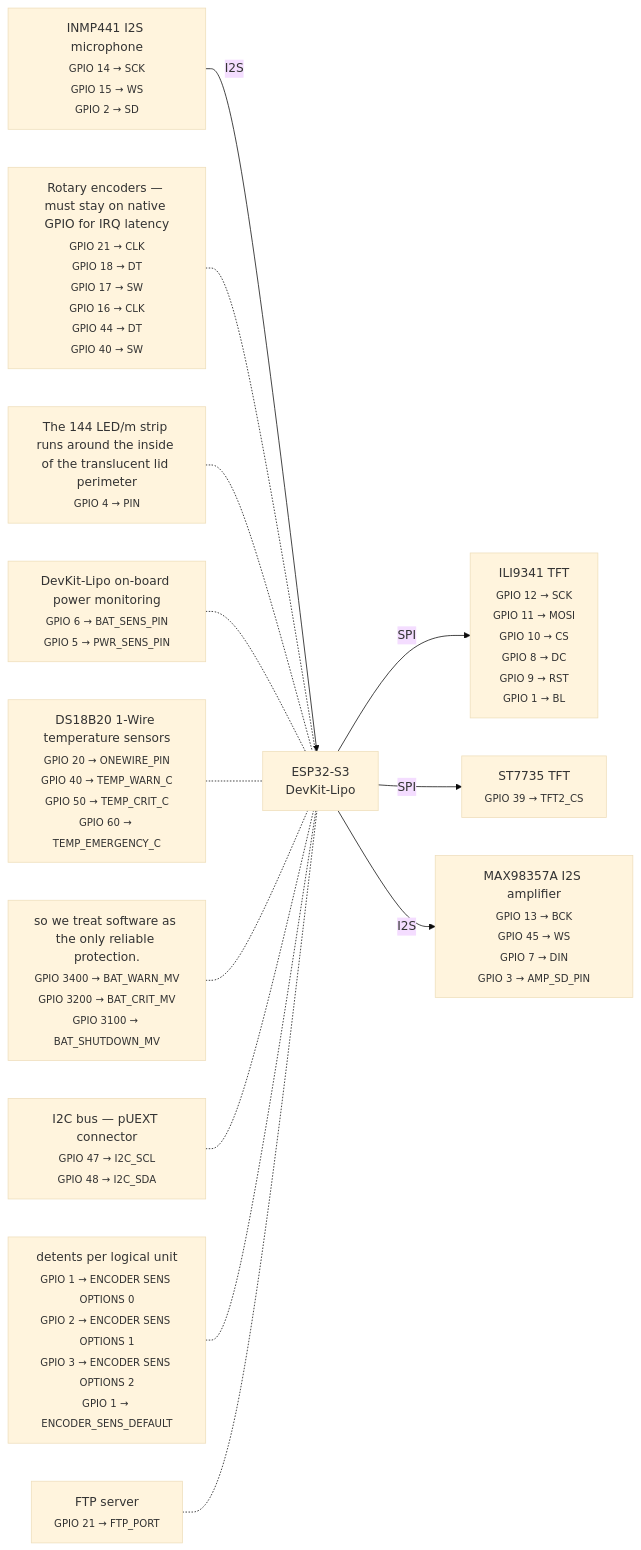
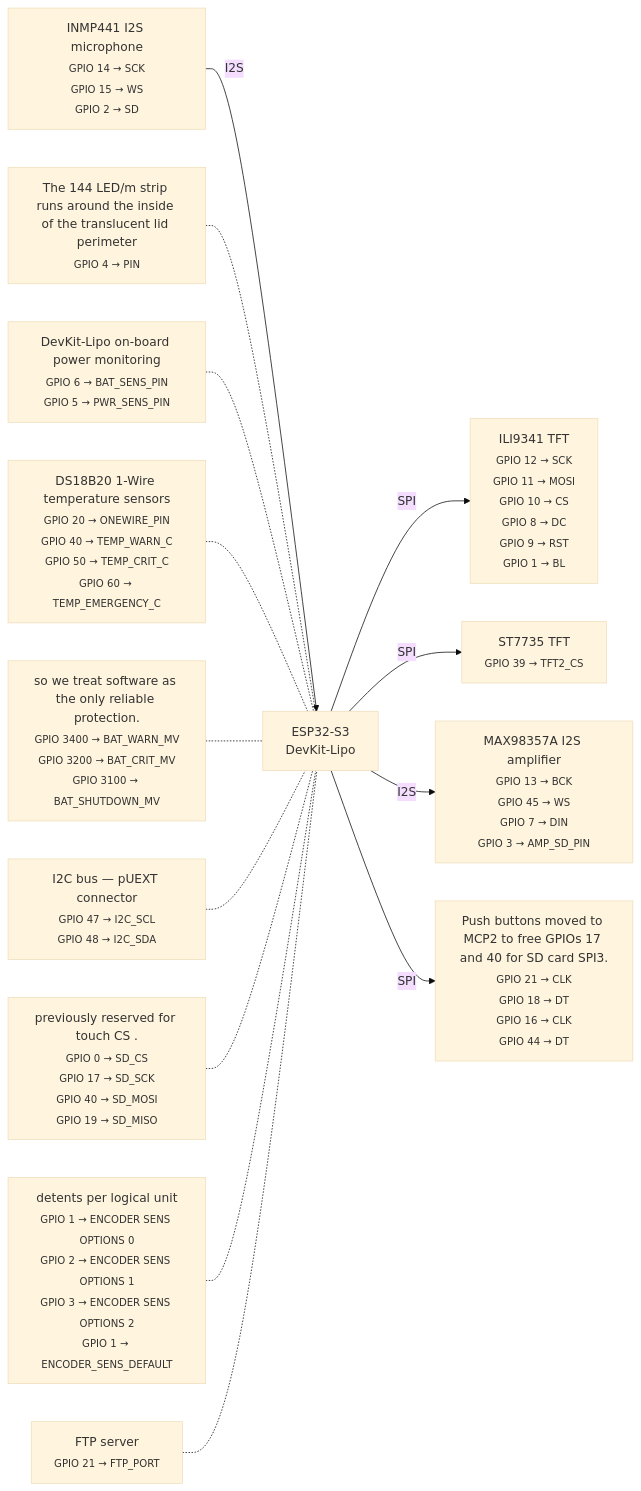
Before and after one commit to mandakan/bodn-esp32: the diagram in docs/wiring.md, drawn with Mermaid (base theme). The commit also changed other lines of this file and 13 other files, not shown here.

First line of the commit message:
Add SD card storage (SPI3) and second MCP23017 expander for encoder buttons (#82)

````diff
--- a/docs/wiring.md
+++ b/docs/wiring.md
@@ -8,41 +8,44 @@
 ```mermaid
 graph LR
     ESP["ESP32-S3<br/>DevKit-Lipo"]
 
     ILI9341TFT["ILI9341 TFT<br/><sub>GPIO 12 → SCK<br/>GPIO 11 → MOSI<br/>GPIO 10 → CS<br/>GPIO 8 → DC<br/>GPIO 9 → RST<br/>GPIO 1 → BL</sub>"]
     ESP -- SPI --> ILI9341TFT
 
     ST7735TFT["ST7735 TFT<br/><sub>GPIO 39 → TFT2_CS</sub>"]
     ESP -- SPI --> ST7735TFT
 
     INMP441I2Smicrophone["INMP441 I2S microphone<br/><sub>GPIO 14 → SCK<br/>GPIO 15 → WS<br/>GPIO 2 → SD</sub>"]
     INMP441I2Smicrophone -- I2S --> ESP
 
     MAX98357AI2Samplifier["MAX98357A I2S amplifier<br/><sub>GPIO 13 → BCK<br/>GPIO 45 → WS<br/>GPIO 7 → DIN<br/>GPIO 3 → AMP_SD_PIN</sub>"]
     ESP -- I2S --> MAX98357AI2Samplifier
 
-    RotaryencodersmuststayonnativeGPIOforIRQlatency["Rotary encoders — must stay on native GPIO for IRQ latency<br/><sub>GPIO 21 → CLK<br/>GPIO 18 → DT<br/>GPIO 17 → SW<br/>GPIO 16 → CLK<br/>GPIO 44 → DT<br/>GPIO 40 → SW</sub>"]
-    RotaryencodersmuststayonnativeGPIOforIRQlatency -.- ESP
+    PushbuttonsmovedtoMCP2tofreeGPIOs17and40forSDcardSPI3["Push buttons moved to MCP2 to free GPIOs 17 and 40 for SD card SPI3.<br/><sub>GPIO 21 → CLK<br/>GPIO 18 → DT<br/>GPIO 16 → CLK<br/>GPIO 44 → DT</sub>"]
+    ESP -- SPI --> PushbuttonsmovedtoMCP2tofreeGPIOs17and40forSDcardSPI3
 
     The144LEDmstriprunsaroundtheinsideofthetranslucentlidperimeter["The 144 LED/m strip runs around the inside of the translucent lid perimeter<br/><sub>GPIO 4 → PIN</sub>"]
     The144LEDmstriprunsaroundtheinsideofthetranslucentlidperimeter -.- ESP
 
     DevKitLipoonboardpowermonitoring["DevKit-Lipo on-board power monitoring<br/><sub>GPIO 6 → BAT_SENS_PIN<br/>GPIO 5 → PWR_SENS_PIN</sub>"]
     DevKitLipoonboardpowermonitoring -.- ESP
 
     DS18B201Wiretemperaturesensors["DS18B20 1-Wire temperature sensors<br/><sub>GPIO 20 → ONEWIRE_PIN<br/>GPIO 40 → TEMP_WARN_C<br/>GPIO 50 → TEMP_CRIT_C<br/>GPIO 60 → TEMP_EMERGENCY_C</sub>"]
     DS18B201Wiretemperaturesensors -.- ESP
 
     sowetreatsoftwareastheonlyreliableprotection["so we treat software as the only reliable protection.<br/><sub>GPIO 3400 → BAT_WARN_MV<br/>GPIO 3200 → BAT_CRIT_MV<br/>GPIO 3100 → BAT_SHUTDOWN_MV</sub>"]
     sowetreatsoftwareastheonlyreliableprotection -.- ESP
 
     I2CbuspUEXTconnector["I2C bus — pUEXT connector<br/><sub>GPIO 47 → I2C_SCL<br/>GPIO 48 → I2C_SDA</sub>"]
     I2CbuspUEXTconnector -.- ESP
 
+    previouslyreservedfortouchCS["previously reserved for touch CS .<br/><sub>GPIO 0 → SD_CS<br/>GPIO 17 → SD_SCK<br/>GPIO 40 → SD_MOSI<br/>GPIO 19 → SD_MISO</sub>"]
+    previouslyreservedfortouchCS -.- ESP
+
     detentsperlogicalunit["detents per logical unit<br/><sub>GPIO 1 → ENCODER SENS OPTIONS 0<br/>GPIO 2 → ENCODER SENS OPTIONS 1<br/>GPIO 3 → ENCODER SENS OPTIONS 2<br/>GPIO 1 → ENCODER_SENS_DEFAULT</sub>"]
     detentsperlogicalunit -.- ESP
 
     FTPserver["FTP server<br/><sub>GPIO 21 → FTP_PORT</sub>"]
     FTPserver -.- ESP
 
 ```
````
